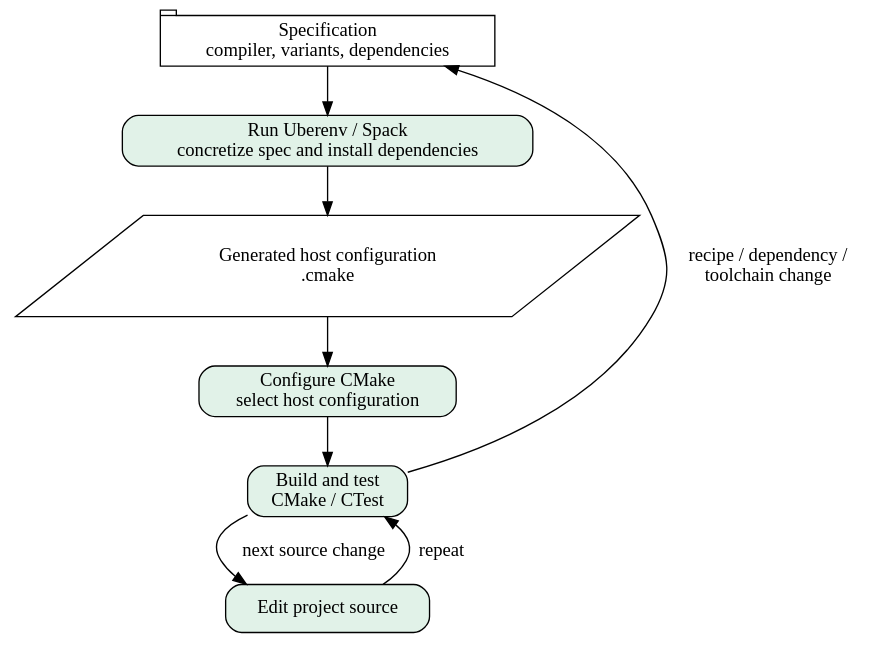
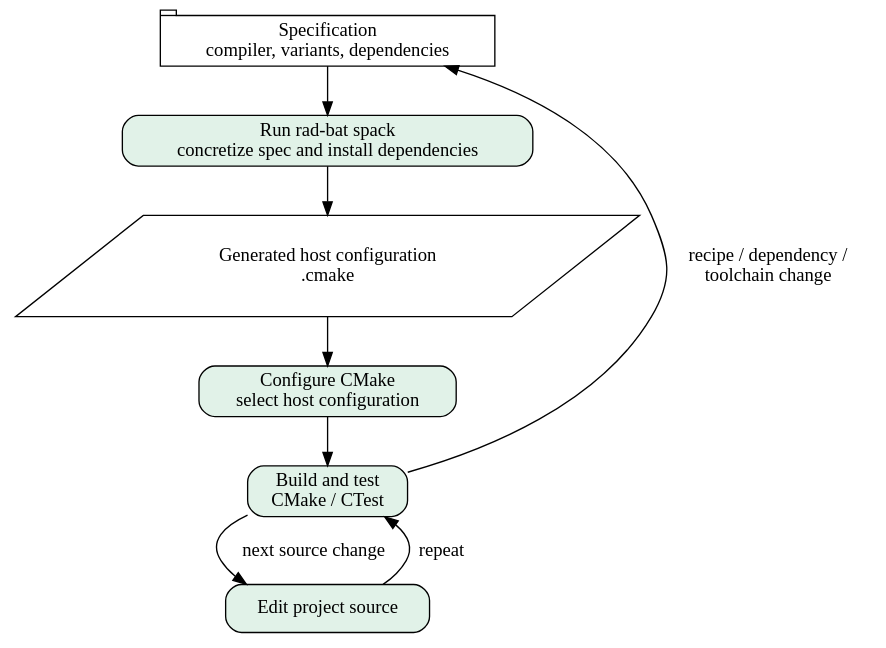
The diagram in docs/sphinx/figures/developer-loop.dot (llnl/radiuss-spack-configs), drawn with Graphviz before and after one commit. The commit also changed 14 other files, not shown here.

Commit message:
docs: make rad-bat the primary workflow

```diff
--- a/docs/sphinx/figures/developer-loop.dot
+++ b/docs/sphinx/figures/developer-loop.dot
@@ -1,14 +1,14 @@
 // SPDX-License-Identifier: MIT
 digraph developer_loop {
   rankdir=TB;
   spec [label="Specification\ncompiler, variants, dependencies", shape=tab, fillcolor="#eee8f5"];
-  prepare [label="Run Uberenv / Spack\nconcretize spec and install dependencies", shape=box, style="rounded,filled", fillcolor="#e1f2e8"];
+  prepare [label="Run rad-bat spack\nconcretize spec and install dependencies", shape=box, style="rounded,filled", fillcolor="#e1f2e8"];
   host [label="Generated host configuration\n.cmake", shape=parallelogram, fillcolor="#dcf2f4"];
   configure [label="Configure CMake\nselect host configuration", shape=box, style="rounded,filled", fillcolor="#e1f2e8"];
   build [label="Build and test\nCMake / CTest", shape=box, style="rounded,filled", fillcolor="#e1f2e8"];
   edit [label="Edit project source", shape=box, style="rounded,filled", fillcolor="#e1f2e8"];
   spec -> prepare -> host -> configure -> build;
   build -> edit [label="next source change"];
   edit -> build [label="repeat"];
   build -> spec [label="recipe / dependency /\ntoolchain change", constraint=false];
 }
```
